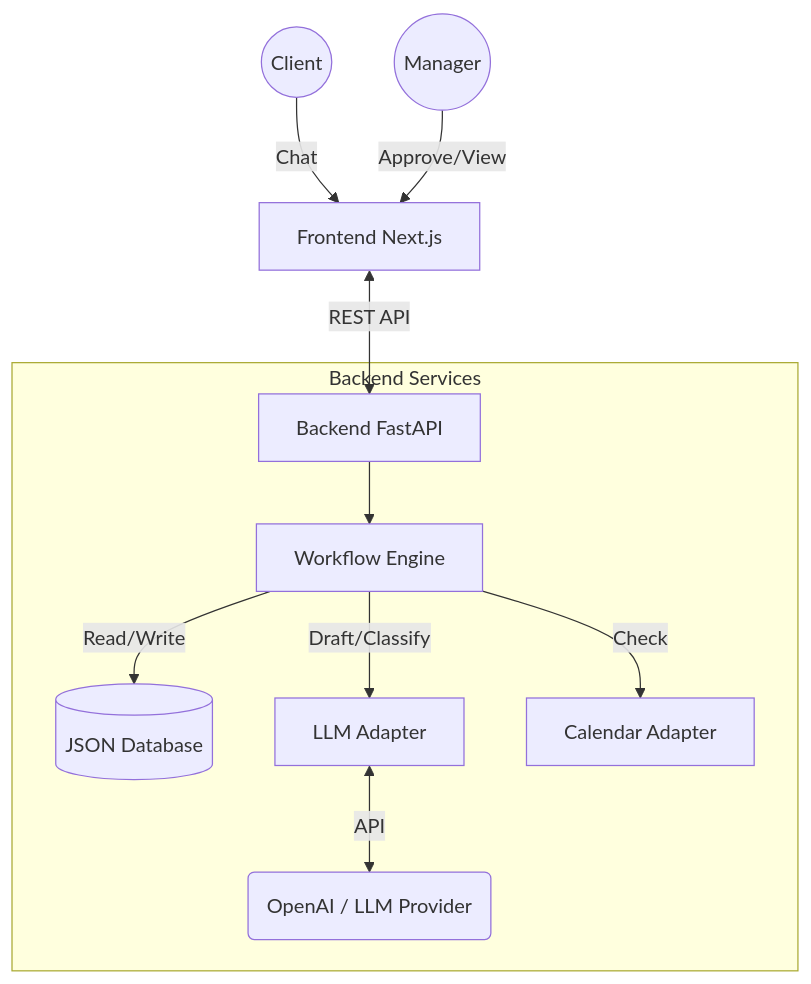
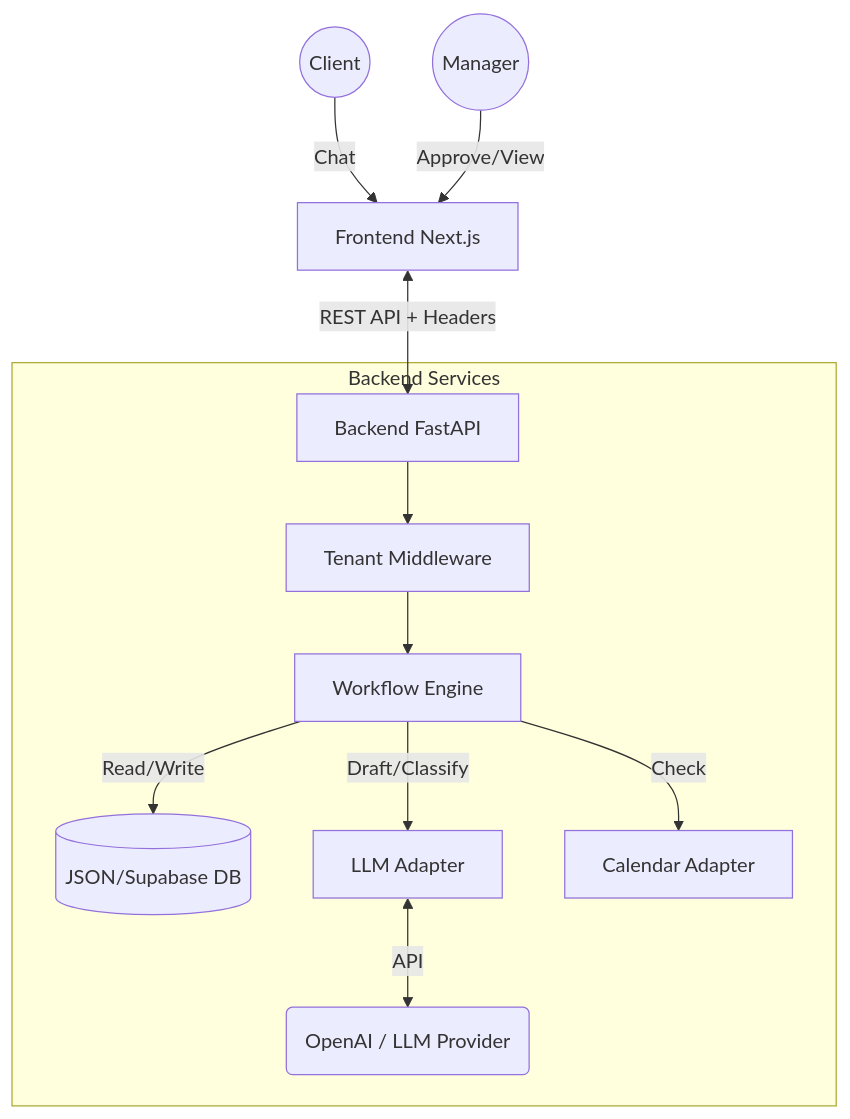
The first of 6 diagrams in docs/reference/ARCHITECTURE_DIAGRAMS.md (digwit678/OpenEvent-AI-FORK), drawn with Mermaid before and after one commit. The commit also changed other lines of this file and 6 other files, not shown here.

````diff
--- a/docs/reference/ARCHITECTURE_DIAGRAMS.md
+++ b/docs/reference/ARCHITECTURE_DIAGRAMS.md
@@ -10,16 +10,17 @@
 ```mermaid
 graph TB
     Client((Client)) -->|Chat| Frontend[Frontend Next.js]
     Manager((Manager)) -->|Approve/View| Frontend
 
-    Frontend <-->|REST API| Backend[Backend FastAPI]
+    Frontend <-->|REST API + Headers| Backend[Backend FastAPI]
     
     subgraph Backend Services
-        Backend --> Orchestrator[Workflow Engine]
-        Orchestrator -->|Read/Write| DB[(JSON Database)]
+        Backend --> Middleware[Tenant Middleware]
+        Middleware --> Orchestrator[Workflow Engine]
+        Orchestrator -->|Read/Write| DB[(JSON/Supabase DB)]
         Orchestrator -->|Draft/Classify| LLM_Adapter[LLM Adapter]
         Orchestrator -->|Check| Calendar[Calendar Adapter]
         
         LLM_Adapter <-->|API| OpenAI(OpenAI / LLM Provider)
     end
 ```
````
